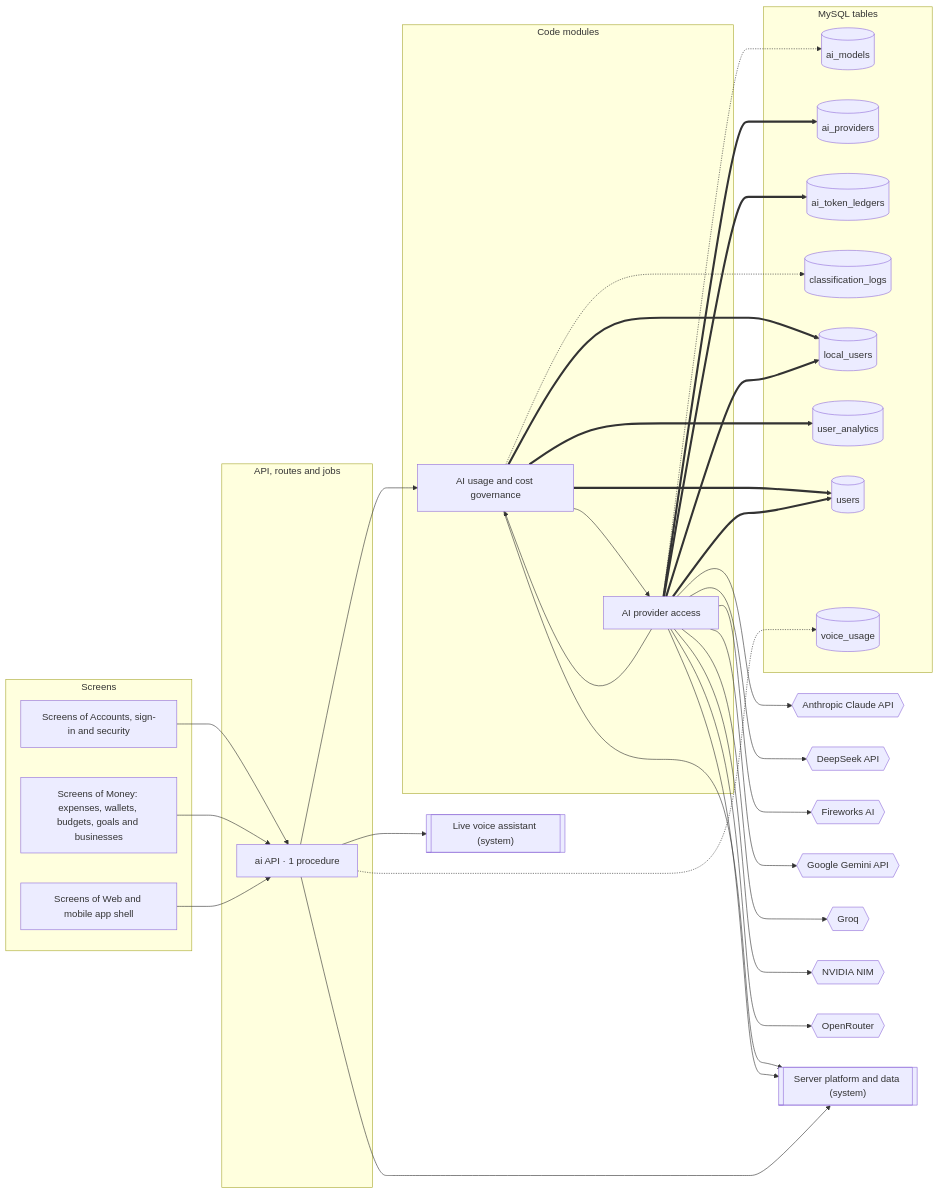
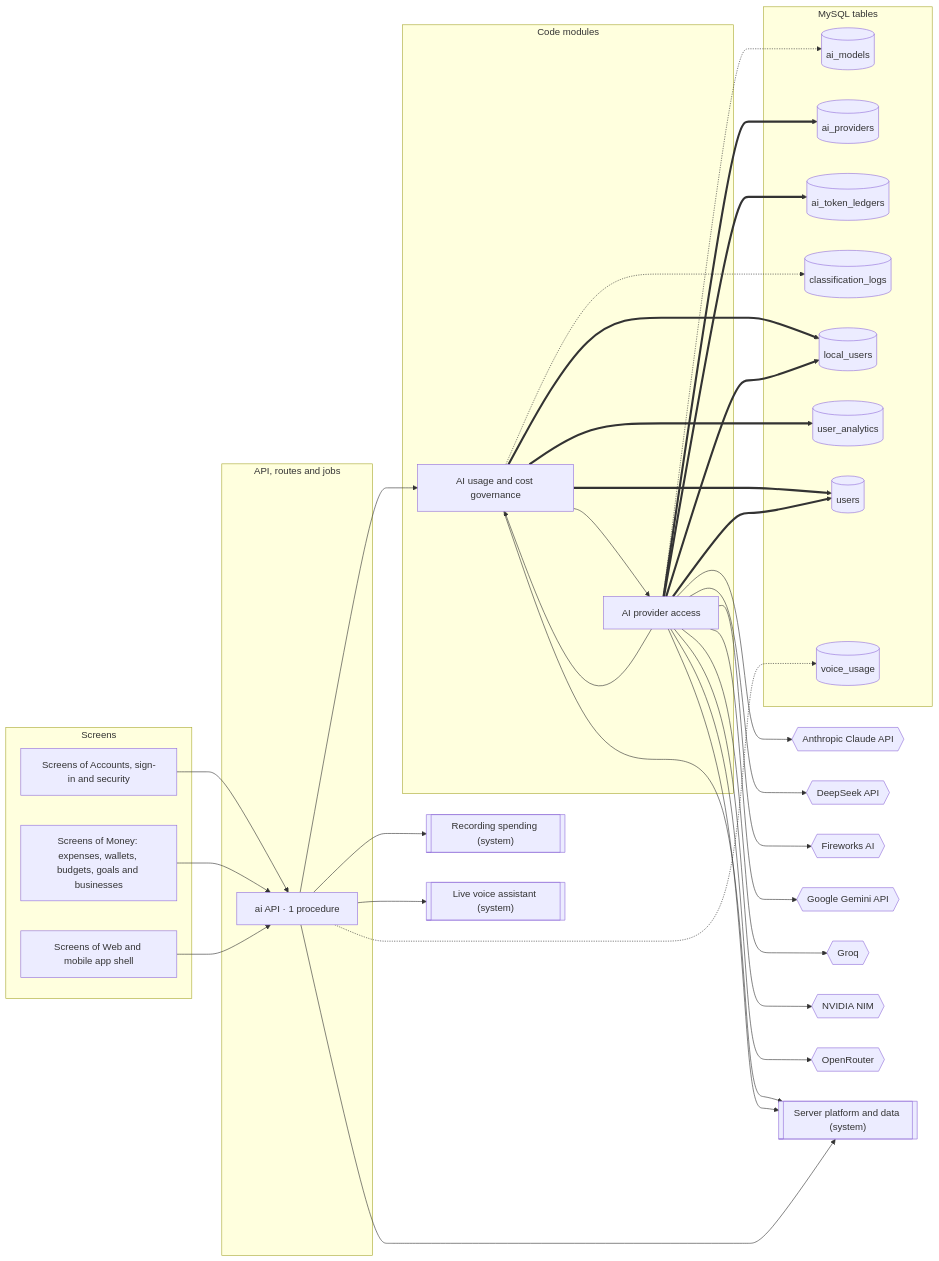
Before and after one commit to mahmoudtaherr111/smartspend_mini_all: the diagram in docs/atlas/systems/ai-platform.md, drawn with Mermaid. The commit also changed other lines of this file and 144 other files, not shown here.

````diff
--- a/docs/atlas/systems/ai-platform.md
+++ b/docs/atlas/systems/ai-platform.md
@@ -13,61 +13,63 @@
 ```mermaid
 flowchart LR
   subgraph g_screens["Screens"]
     screens_accounts["Screens of Accounts, sign-in and security"]
     screens_money["Screens of Money: expenses, wallets, budgets, goals and businesses"]
     screens_web_app["Screens of Web and mobile app shell"]
   end
   subgraph g_api["API, routes and jobs"]
     router_ai["ai API · 1 procedure"]
   end
   subgraph g_modules["Code modules"]
     mod_ai_governance["AI usage and cost governance"]
     mod_ai_providers["AI provider access"]
   end
   subgraph g_tables["MySQL tables"]
     tbl_ai_models[("ai_models")]
     tbl_ai_providers[("ai_providers")]
     tbl_ai_token_ledgers[("ai_token_ledgers")]
     tbl_classification_logs[("classification_logs")]
     tbl_local_users[("local_users")]
     tbl_user_analytics[("user_analytics")]
     tbl_users[("users")]
     tbl_voice_usage[("voice_usage")]
   end
   ext_anthropic{{"Anthropic Claude API"}}
   ext_deepseek{{"DeepSeek API"}}
   ext_fireworks{{"Fireworks AI"}}
   ext_gemini{{"Google Gemini API"}}
   ext_groq{{"Groq"}}
   ext_nvidia{{"NVIDIA NIM"}}
   ext_openrouter{{"OpenRouter"}}
+  sys_expense_capture[["Recording spending (system)"]]
   sys_platform[["Server platform and data (system)"]]
   sys_voice_calls[["Live voice assistant (system)"]]
   mod_ai_governance --> mod_ai_providers
   mod_ai_governance --> sys_platform
   mod_ai_governance -.-> tbl_classification_logs
   mod_ai_governance ==> tbl_local_users
   mod_ai_governance ==> tbl_user_analytics
   mod_ai_governance ==> tbl_users
   mod_ai_providers --> ext_anthropic
   mod_ai_providers --> ext_deepseek
   mod_ai_providers --> ext_fireworks
   mod_ai_providers --> ext_gemini
   mod_ai_providers --> ext_groq
   mod_ai_providers --> ext_nvidia
   mod_ai_providers --> ext_openrouter
   mod_ai_providers --> mod_ai_governance
   mod_ai_providers --> sys_platform
   mod_ai_providers -.-> tbl_ai_models
   mod_ai_providers ==> tbl_ai_providers
   mod_ai_providers ==> tbl_ai_token_ledgers
   mod_ai_providers ==> tbl_local_users
   mod_ai_providers ==> tbl_users
   router_ai --> mod_ai_governance
+  router_ai --> sys_expense_capture
   router_ai --> sys_platform
   router_ai --> sys_voice_calls
   router_ai -.-> tbl_voice_usage
   screens_accounts --> router_ai
   screens_money --> router_ai
   screens_web_app --> router_ai
 ```
````
